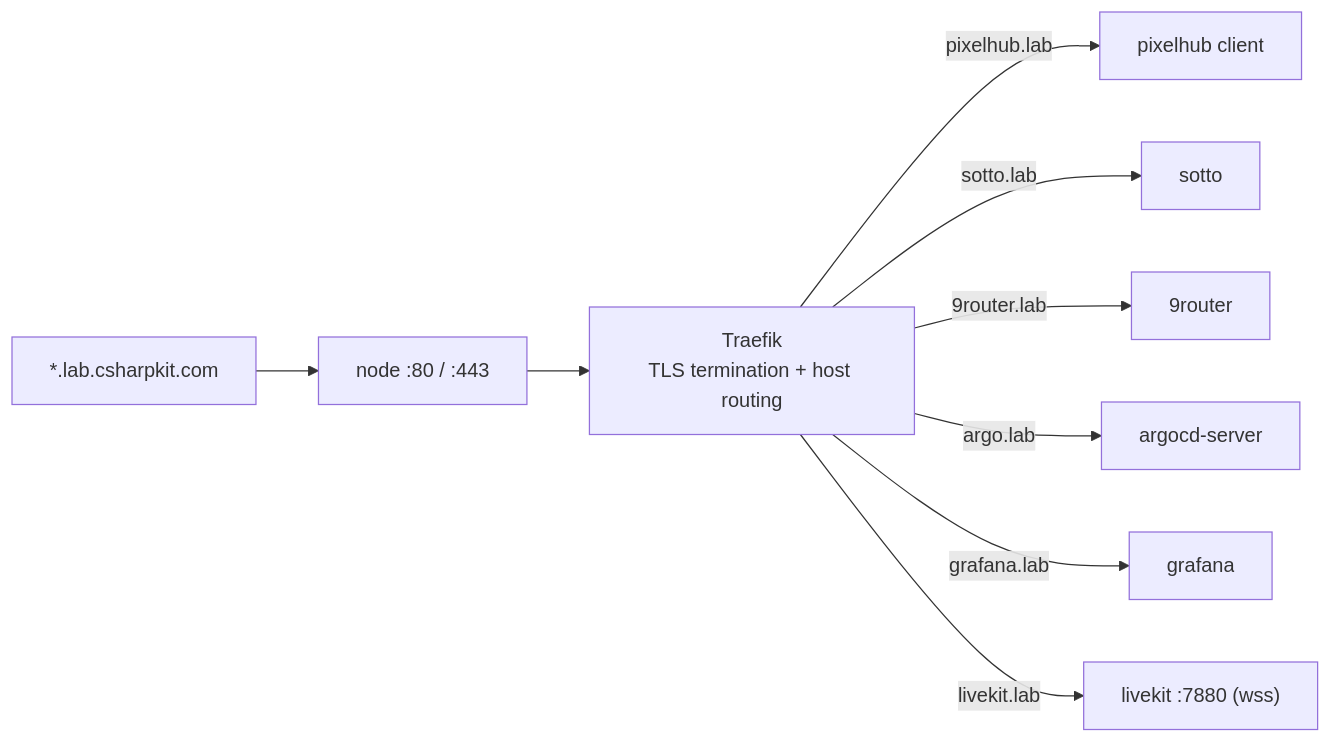
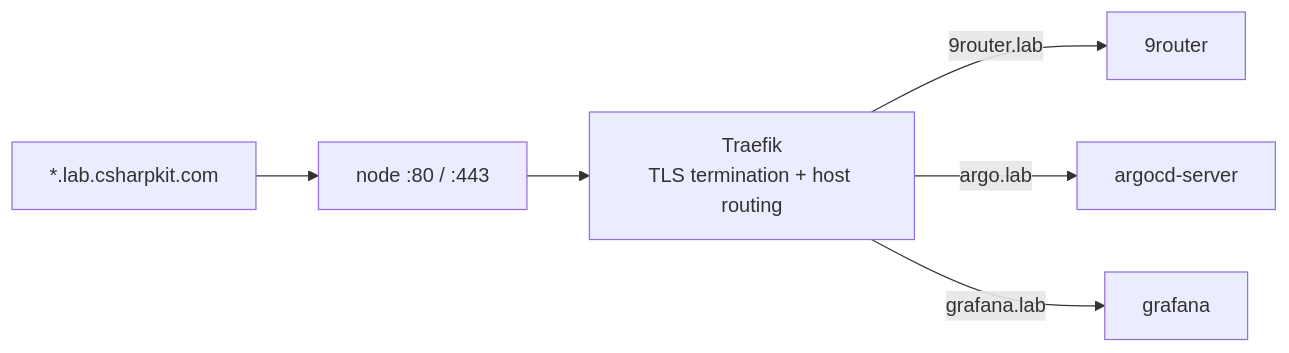
Before and after one commit to geffzhang/cloudhomelab: the diagram in docs/networking.md, drawn with Mermaid. The commit also changed other lines of this file and 30 other files, not shown here.

First line of the commit message:
chore: remove pixelhub, sotto, landing apps and trim grafana dashboard

````diff
--- a/docs/networking.md
+++ b/docs/networking.md
@@ -25,11 +25,8 @@
 ```mermaid
 flowchart LR
     DNS["*.lab.csharpkit.com"] --> Node["node :80 / :443"]
     Node --> Traefik["Traefik<br/>TLS termination + host routing"]
-    Traefik -->|pixelhub.lab| PH["pixelhub client"]
-    Traefik -->|sotto.lab| SOT["sotto"]
     Traefik -->|9router.lab| R9R["9router"]
     Traefik -->|argo.lab| ARG["argocd-server"]
     Traefik -->|grafana.lab| GRAF["grafana"]
-    Traefik -->|livekit.lab| LK["livekit :7880 (wss)"]
 ```
````
